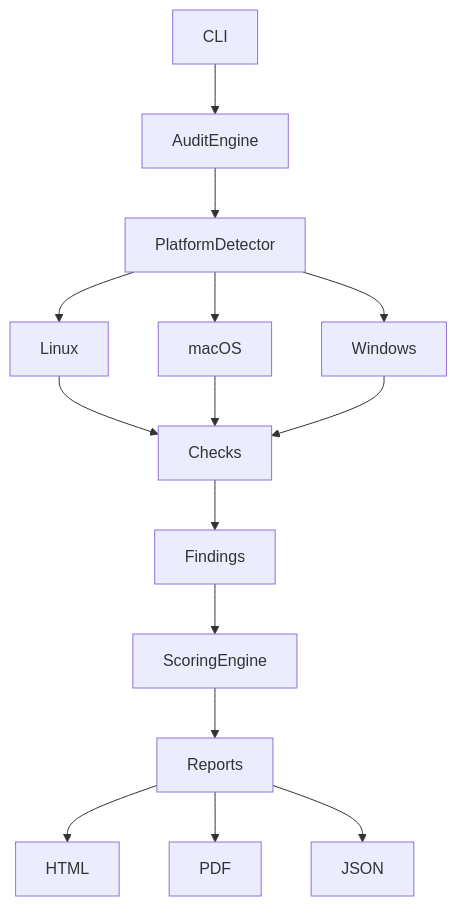
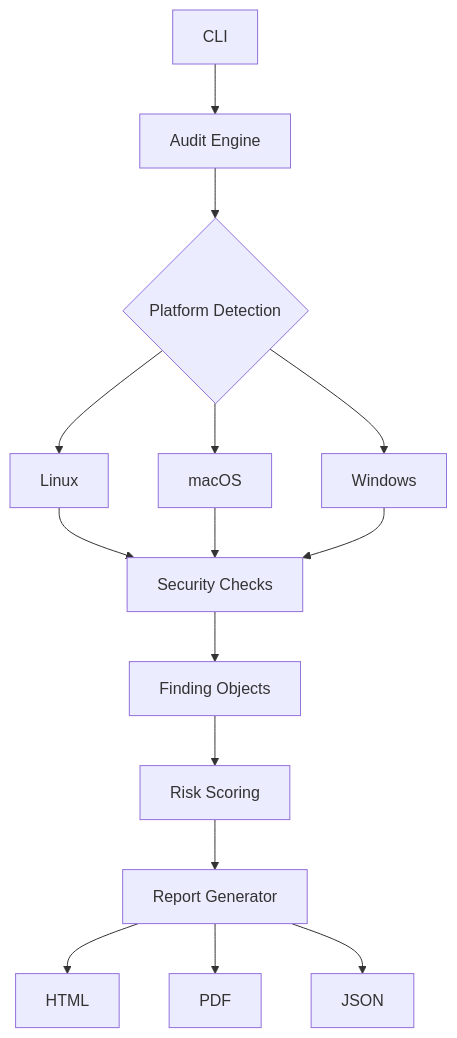
One commit to shouryatuhar/Security-Audit-Tool changed the first of 3 diagrams in README.md. Above: the diagram before and after it, drawn with Mermaid. The commit also changed other lines of this file, not shown here.

````diff
--- a/README.md
+++ b/README.md
@@ -88,25 +98,33 @@
 ```mermaid
-graph TD
+flowchart TD
 
-CLI --> AuditEngine
+A[CLI]
 
-AuditEngine --> PlatformDetector
+A --> B[Audit Engine]
 
-PlatformDetector --> Linux
-PlatformDetector --> macOS
-PlatformDetector --> Windows
+B --> C{Platform Detection}
 
-Linux --> Checks
-macOS --> Checks
-Windows --> Checks
+C --> D[Linux]
 
-Checks --> Findings
+C --> E[macOS]
 
-Findings --> ScoringEngine
+C --> F[Windows]
 
-ScoringEngine --> Reports
+D --> G[Security Checks]
 
-Reports --> HTML
-Reports --> PDF
-Reports --> JSON
+E --> G
+
+F --> G
+
+G --> H[Finding Objects]
+
+H --> I[Risk Scoring]
+
+I --> J[Report Generator]
+
+J --> K[HTML]
+
+J --> L[PDF]
+
+J --> M[JSON]
 ```
````
